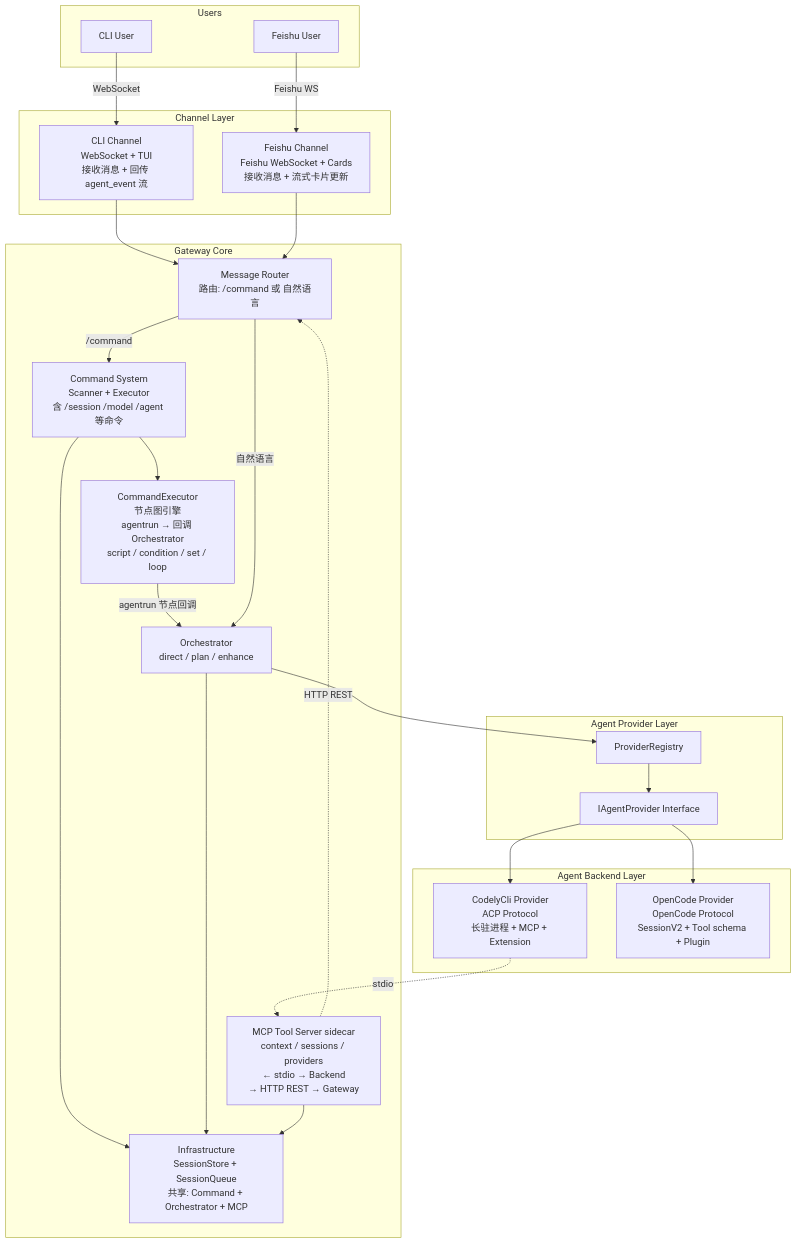
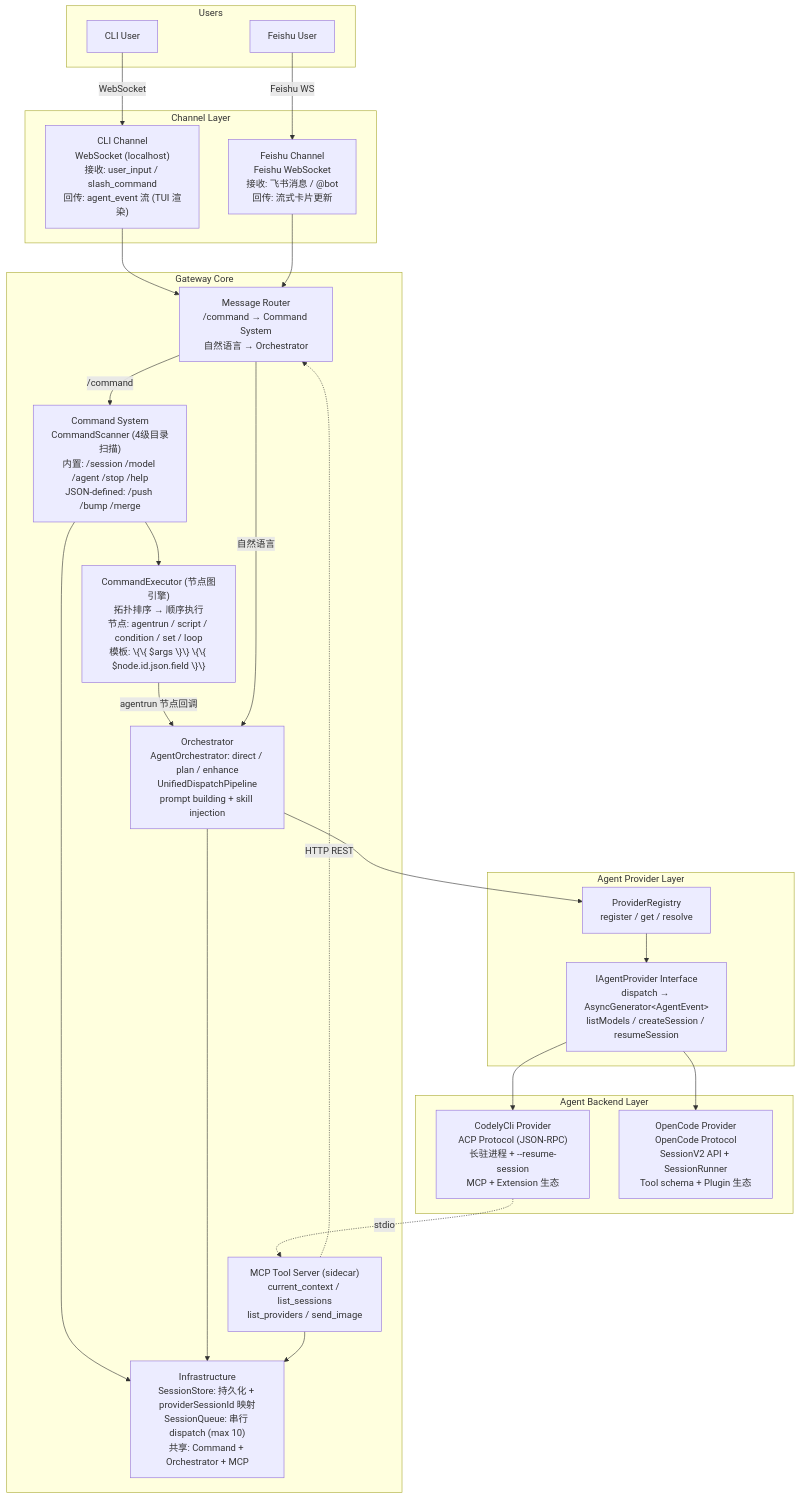
Before and after one commit to Lu-Kye/OpenCrossAgent: the diagram in README.md, drawn with Mermaid. The commit also changed other lines of this file, not shown here.

Commit message:
docs: single Mermaid architecture diagram, GitHub-renderable

````diff
--- a/README.md
+++ b/README.md
@@ -155,55 +7,55 @@
 ```mermaid
 graph TB
-    subgraph "Users"
+    subgraph Users
         U1[CLI User]
         U2[Feishu User]
     end
 
-    subgraph "Channel Layer"
-        CLI[CLI Channel<br/>WebSocket + TUI<br/>接收消息 + 回传 agent_event 流]
-        FS[Feishu Channel<br/>Feishu WebSocket + Cards<br/>接收消息 + 流式卡片更新]
+    subgraph ChannelLayer["Channel Layer"]
+        CLI["CLI Channel<br/>WebSocket (localhost)<br/>接收: user_input / slash_command<br/>回传: agent_event 流 (TUI 渲染)"]
+        FS["Feishu Channel<br/>Feishu WebSocket<br/>接收: 飞书消息 / @bot<br/>回传: 流式卡片更新"]
     end
 
-    subgraph "Gateway Core"
-        ROUTER[Message Router<br/>路由: /command 或 自然语言]
-        CS[Command System<br/>Scanner + Executor<br/>含 /session /model /agent 等命令]
-        EXEC[CommandExecutor<br/>节点图引擎<br/>agentrun → 回调 Orchestrator<br/>script / condition / set / loop]
-        ORC[Orchestrator<br/>direct / plan / enhance]
-        INFRA[Infrastructure<br/>SessionStore + SessionQueue<br/>共享: Command + Orchestrator + MCP]
-        MCP[MCP Tool Server sidecar<br/>context / sessions / providers<br/>← stdio → Backend<br/>→ HTTP REST → Gateway]
+    subgraph GatewayCore["Gateway Core"]
+        ROUTER["Message Router<br/>/command → Command System<br/>自然语言 → Orchestrator"]
+        CS["Command System<br/>CommandScanner (4级目录扫描)<br/>内置: /session /model /agent /stop /help<br/>JSON-defined: /push /bump /merge"]
+        EXEC["CommandExecutor (节点图引擎)<br/>拓扑排序 → 顺序执行<br/>节点: agentrun / script / condition / set / loop<br/>模板: \{\{ $args \}\} \{\{ $node.id.json.field \}\}"]
+        ORC["Orchestrator<br/>AgentOrchestrator: direct / plan / enhance<br/>UnifiedDispatchPipeline<br/>prompt building + skill injection"]
+        INFRA["Infrastructure<br/>SessionStore: 持久化 + providerSessionId 映射<br/>SessionQueue: 串行 dispatch (max 10)<br/>共享: Command + Orchestrator + MCP"]
+        MCP["MCP Tool Server (sidecar)<br/>current_context / list_sessions<br/>list_providers / send_image"]
     end
 
-    subgraph "Agent Provider Layer"
-        REG[ProviderRegistry]
-        IAP[IAgentProvider Interface]
+    subgraph ProviderLayer["Agent Provider Layer"]
+        REG["ProviderRegistry<br/>register / get / resolve"]
+        IAP["IAgentProvider Interface<br/>dispatch → AsyncGenerator&lt;AgentEvent&gt;<br/>listModels / createSession / resumeSession"]
     end
 
-    subgraph "Agent Backend Layer"
-        CLP[CodelyCli Provider<br/>ACP Protocol<br/>长驻进程 + MCP + Extension]
-        OCP[OpenCode Provider<br/>OpenCode Protocol<br/>SessionV2 + Tool schema + Plugin]
+    subgraph BackendLayer["Agent Backend Layer"]
+        CLP["CodelyCli Provider<br/>ACP Protocol (JSON-RPC)<br/>长驻进程 + --resume-session<br/>MCP + Extension 生态"]
+        OCP["OpenCode Provider<br/>OpenCode Protocol<br/>SessionV2 API + SessionRunner<br/>Tool schema + Plugin 生态"]
     end
 
     U1 -->|WebSocket| CLI
     U2 -->|Feishu WS| FS
 
     CLI --> ROUTER
     FS --> ROUTER
 
     ROUTER -->|/command| CS
     CS --> EXEC
     EXEC -->|agentrun 节点回调| ORC
     ROUTER -->|自然语言| ORC
 
     CS --> INFRA
     ORC --> INFRA
     MCP --> INFRA
     ORC --> REG
 
     REG --> IAP
 
     IAP --> CLP
     IAP --> OCP
 
     CLP -.->|stdio| MCP
     MCP -.->|HTTP REST| ROUTER
 ```
````
